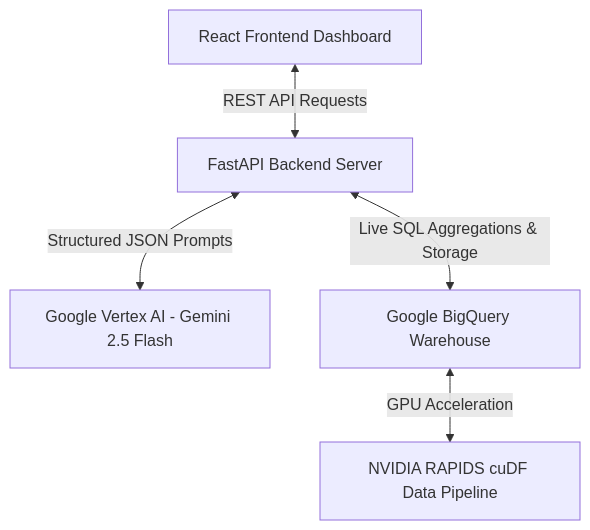
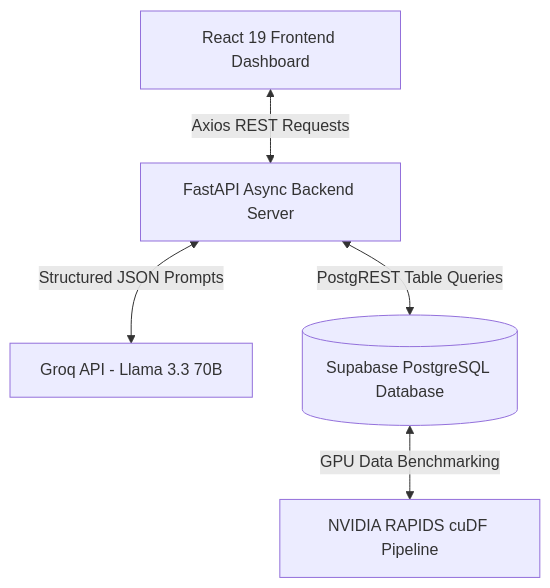
The second of 2 diagrams in README.md (keerthanaboga4/ResolveIQ), drawn with Mermaid before and after one commit. The commit also changed other lines of this file and 7 other files, not shown here.

````diff
--- a/README.md
+++ b/README.md
@@ -166,7 +190,7 @@
 ```mermaid
 graph TD
-    Client[React Frontend Dashboard] <-->|REST API Requests| Backend[FastAPI Backend Server]
-    Backend <-->|Structured JSON Prompts| Gemini[Google Vertex AI - Gemini 2.5 Flash]
-    Backend <-->|Live SQL Aggregations & Storage| BigQuery[Google BigQuery Warehouse]
-    BigQuery <-->|GPU Acceleration| RAPIDS[NVIDIA RAPIDS cuDF Data Pipeline]
+    Client[React 19 Frontend Dashboard] <-->|Axios REST Requests| Backend[FastAPI Async Backend Server]
+    Backend <-->|Structured JSON Prompts| Groq[Groq API - Llama 3.3 70B]
+    Backend <-->|PostgREST Table Queries| Supabase[(Supabase PostgreSQL Database)]
+    Supabase <-->|GPU Data Benchmarking| RAPIDS[NVIDIA RAPIDS cuDF Pipeline]
 ```
````
